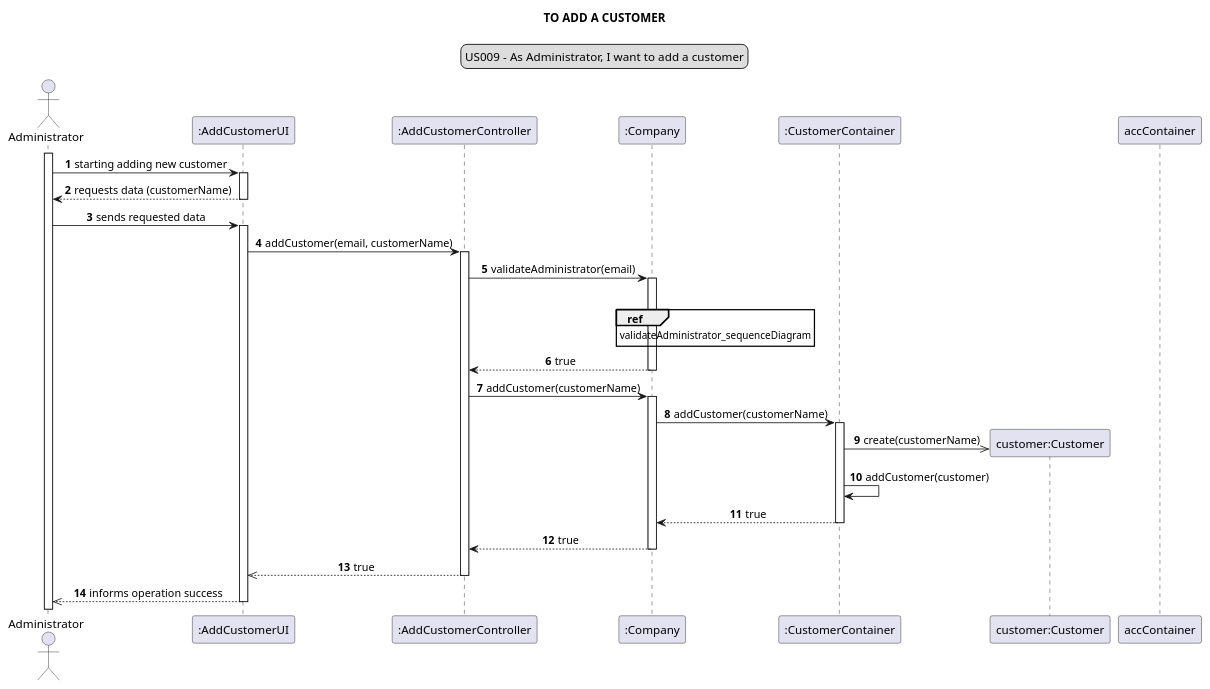
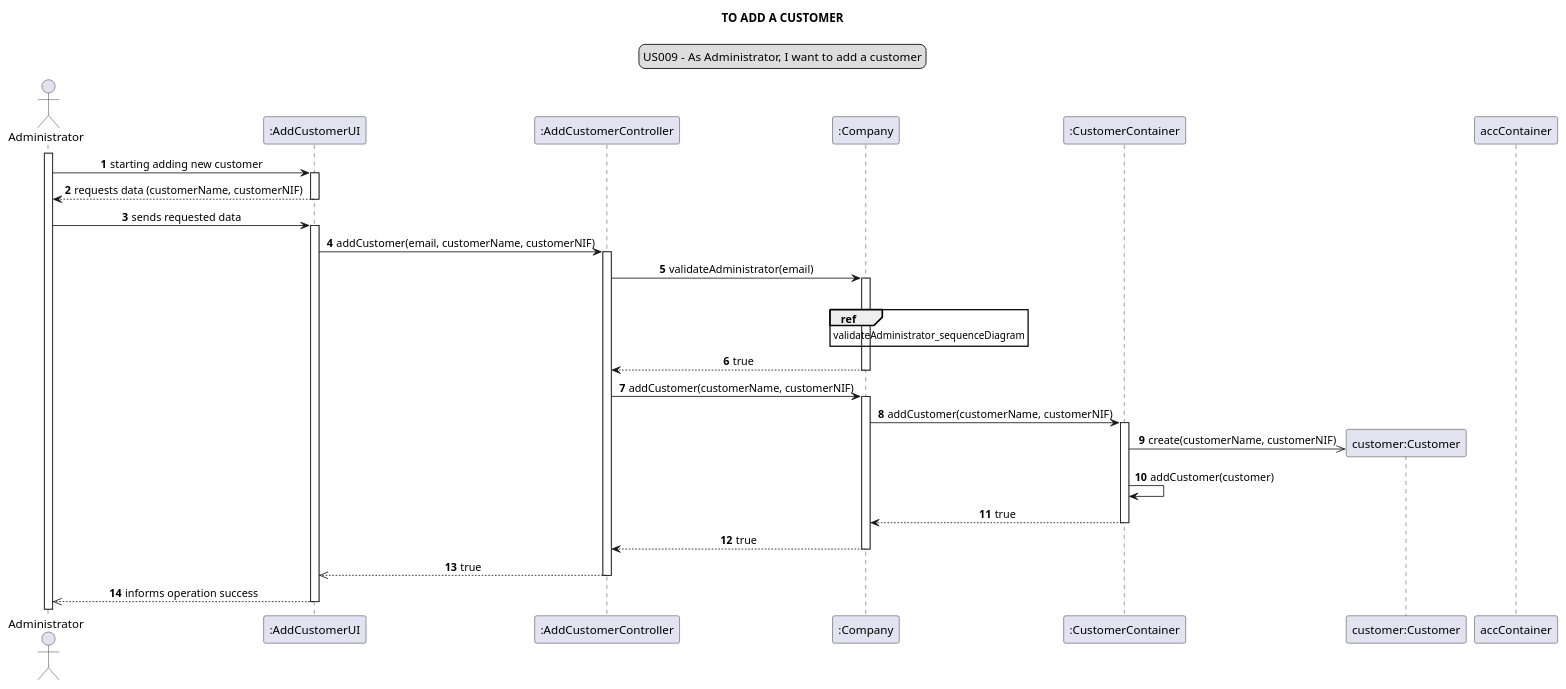
Before and after one commit to Loracline/project_switch_22-23: the diagram in docs/modelling_design/user_stories/sprint02/us009/US009_sequenceDiagram.puml, drawn with PlantUML. The commit also changed 2 other files, not shown here.

Commit message:
US007: Development : update classes names  ProjectTypologyController to CreateProjectTypologyController and ProjectTypologyControllerTest to CreateProjectTypologyControllerTest. Update US007 SD and CD update US009 SD and CD

```diff
--- a/docs/modelling_design/user_stories/sprint02/us009/US009_sequenceDiagram.puml
+++ b/docs/modelling_design/user_stories/sprint02/us009/US009_sequenceDiagram.puml
@@ -1,50 +1,44 @@
 @startuml
 skinparam sequenceMessageAlign center
 title TO ADD A CUSTOMER
 legend top
 US009 - As Administrator, I want to add a customer
 end legend
 autonumber
 actor Administrator
 participant ":AddCustomerUI" as ui
 participant ":AddCustomerController" as controller
 participant ":Company" as company
 participant ":CustomerContainer" as container
 participant "customer:Customer" as customer
-
 activate Administrator
 Administrator -> ui: starting adding new customer
 activate ui
-ui --> Administrator: requests data (customerName)
+ui --> Administrator: requests data (customerName, customerNIF)
 deactivate ui
 Administrator -> ui: sends requested data
 activate ui
-ui -> controller: addCustomer(email, customerName)
+ui -> controller: addCustomer(email, customerName, customerNIF)
 activate controller
 controller -> company: validateAdministrator(email)
 activate company
-
 ref over company: validateAdministrator_sequenceDiagram
-
 deactivate accContainer
 company --> controller: true
 deactivate company
-controller -> company: addCustomer(customerName)
+controller -> company: addCustomer(customerName, customerNIF)
 activate company
-company -> container: addCustomer(customerName)
+company -> container: addCustomer(customerName, customerNIF)
 create customer
 activate container
-container ->> customer: create(customerName)
+container ->> customer: create(customerName, customerNIF)
 container -> container: addCustomer(customer)
 container --> company: true
 deactivate container
 company --> controller: true
 deactivate company
-
-
 controller -->> ui: true
 deactivate controller
 ui -->>Administrator: informs operation success
 deactivate ui
-
 @enduml
```
